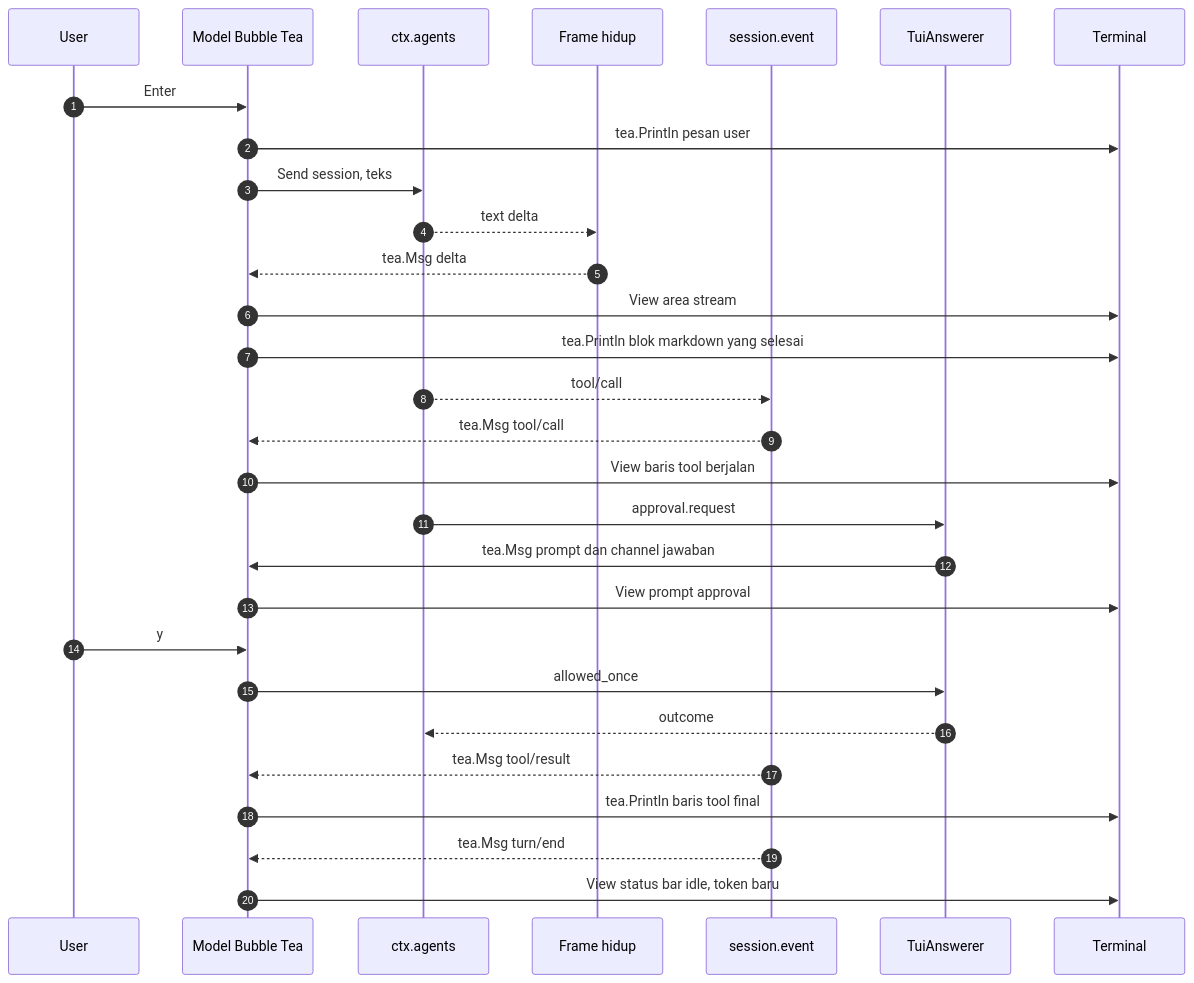
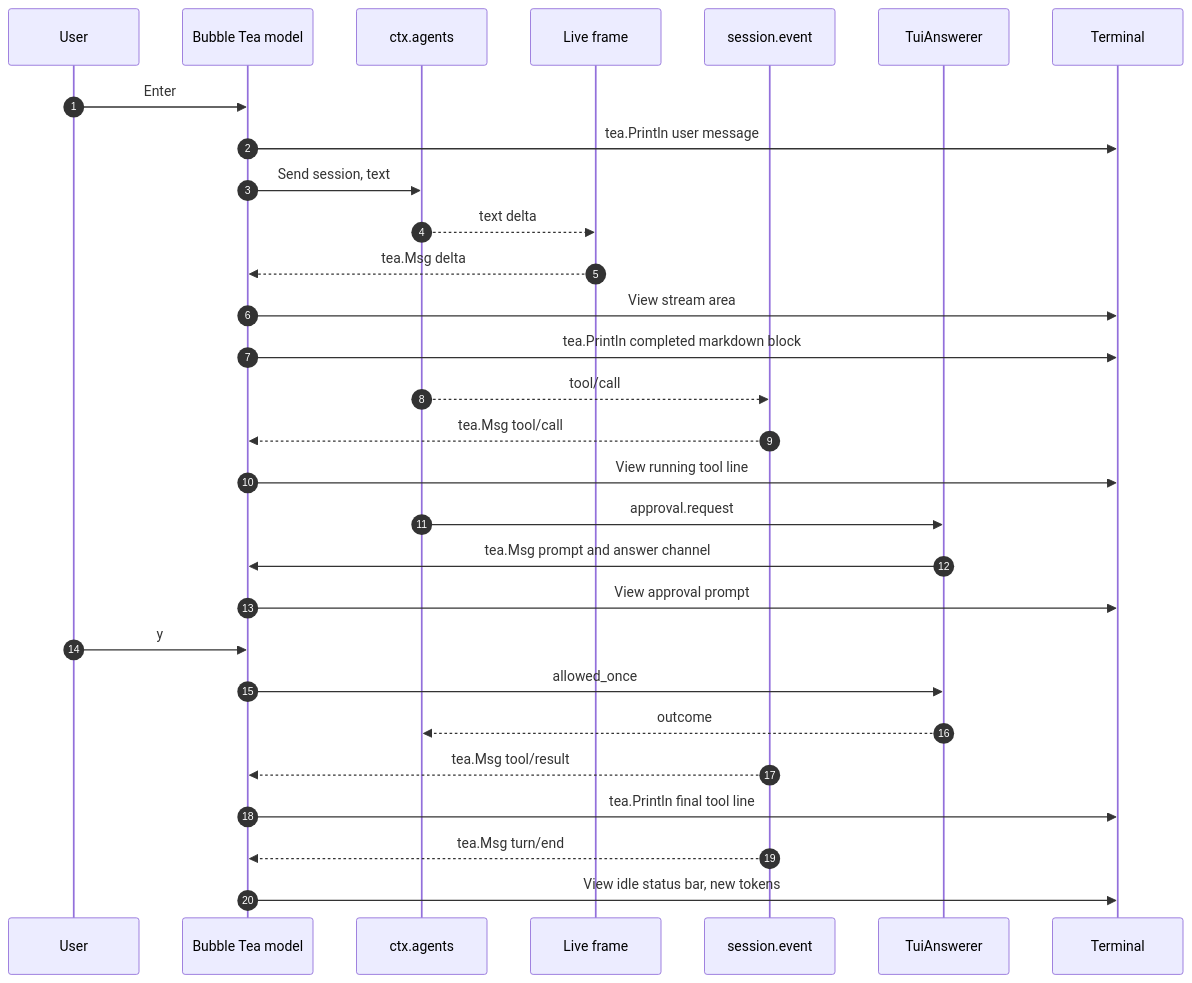
One commit to ridhomujizat/lana-harness changed the fourth of 4 diagrams in docs/specs/1-cli-tui/design.md. Above: the diagram before and after it, drawn with Mermaid. The commit also changed other lines of this file and 172 other files, not shown here.

````diff
--- a/docs/specs/1-cli-tui/design.md
+++ b/docs/specs/1-cli-tui/design.md
@@ -241,32 +240,32 @@
 ```mermaid
 sequenceDiagram
   autonumber
   participant User
-  participant App as Model Bubble Tea
+  participant App as Bubble Tea model
   participant Agents as ctx.agents
-  participant Live as Frame hidup
+  participant Live as Live frame
   participant Events as session.event
   participant Ans as TuiAnswerer
   participant Term as Terminal
 
   User->>App: Enter
-  App->>Term: tea.Println pesan user
-  App->>Agents: Send session, teks
+  App->>Term: tea.Println user message
+  App->>Agents: Send session, text
   Agents-->>Live: text delta
   Live-->>App: tea.Msg delta
-  App->>Term: View area stream
-  App->>Term: tea.Println blok markdown yang selesai
+  App->>Term: View stream area
+  App->>Term: tea.Println completed markdown block
   Agents-->>Events: tool/call
   Events-->>App: tea.Msg tool/call
-  App->>Term: View baris tool berjalan
+  App->>Term: View running tool line
   Agents->>Ans: approval.request
-  Ans->>App: tea.Msg prompt dan channel jawaban
-  App->>Term: View prompt approval
+  Ans->>App: tea.Msg prompt and answer channel
+  App->>Term: View approval prompt
   User->>App: y
   App->>Ans: allowed_once
   Ans-->>Agents: outcome
   Events-->>App: tea.Msg tool/result
-  App->>Term: tea.Println baris tool final
+  App->>Term: tea.Println final tool line
   Events-->>App: tea.Msg turn/end
-  App->>Term: View status bar idle, token baru
+  App->>Term: View idle status bar, new tokens
 ```
````
